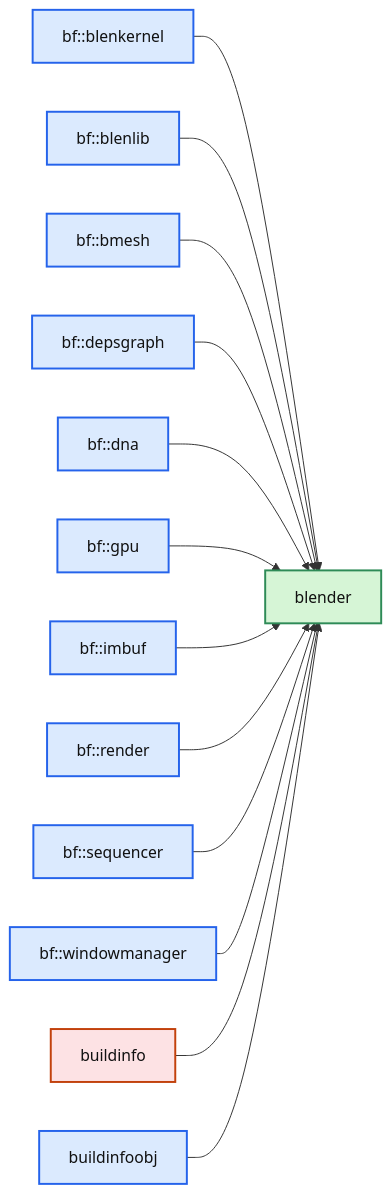
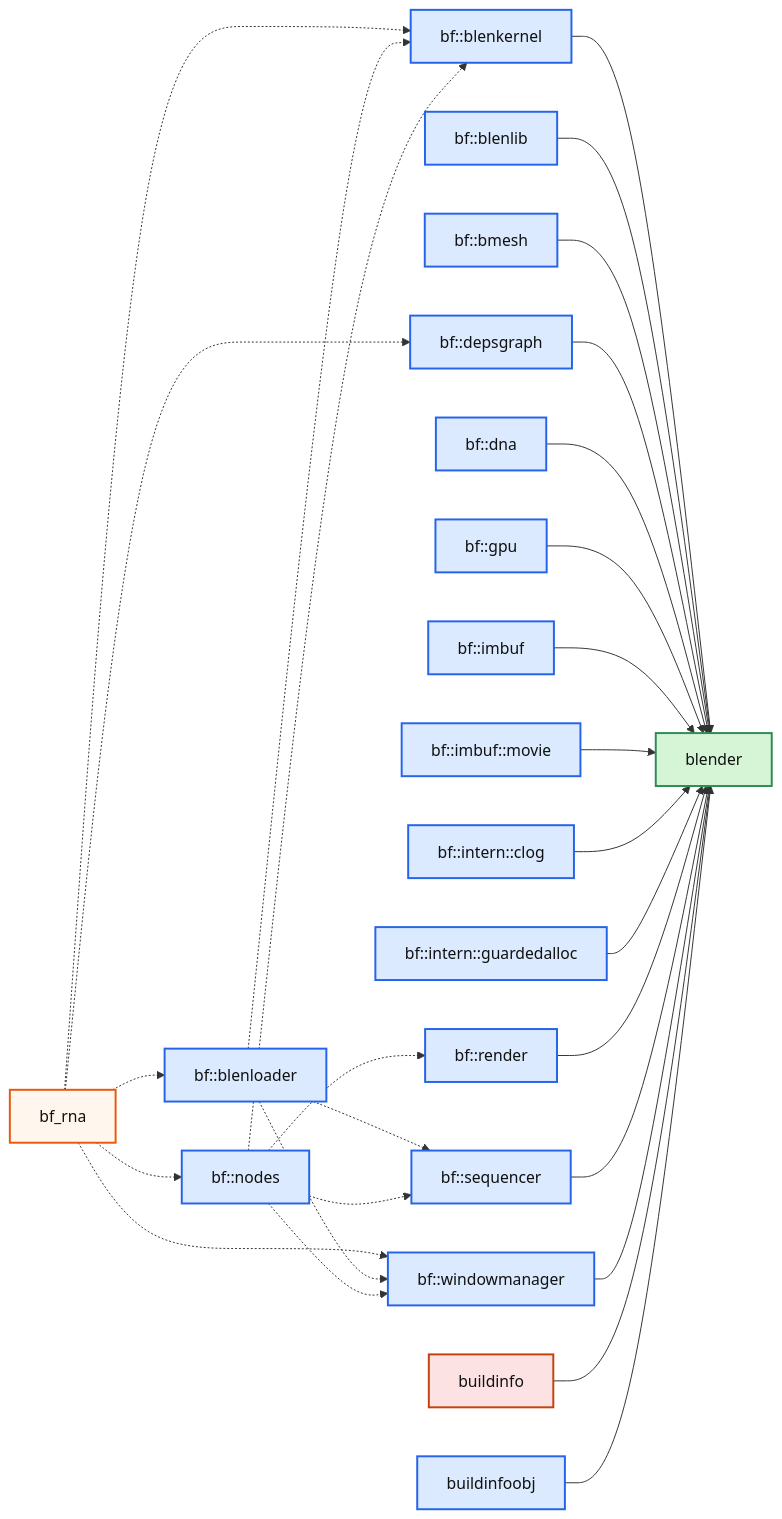
One commit to euclid-skyline/Blender_Internals_Notes changed the second of 3 diagrams in Blender_App_Project.md. Above: the diagram before and after it, drawn with Mermaid. The commit also changed other lines of this file, not shown here.

Commit message:
docs: clarify dependency inputs for the `blender` target and update related diagrams in Blender_App_Project.md

````diff
--- a/Blender_App_Project.md
+++ b/Blender_App_Project.md
@@ -200,23 +202,44 @@
 ```mermaid
 flowchart LR
   A[bf::blenkernel] --> Z[blender]
   B[bf::blenlib] --> Z
   C[bf::bmesh] --> Z
   D[bf::depsgraph] --> Z
   E[bf::dna] --> Z
   F[bf::gpu] --> Z
   G[bf::imbuf] --> Z
-  H[bf::render] --> Z
-  I[bf::sequencer] --> Z
-  J[bf::windowmanager] --> Z
-  K[buildinfo] --> Z
-  L[buildinfoobj] --> Z
+  H[bf::imbuf::movie] --> Z
+  I[bf::intern::clog] --> Z
+  J[bf::intern::guardedalloc] --> Z
+  K[bf::render] --> Z
+  L[bf::sequencer] --> Z
+  M[bf::windowmanager] --> Z
+  N[buildinfo] --> Z
+  O[buildinfoobj] --> Z
+  P[bf::blenloader]
+  Q[bf::nodes]
+  R[bf_rna]
+
+  R -.-> A
+  R -.-> D
+  R -.-> M
+  R -.-> P
+  R -.-> Q
+  P -.-> A
+  P -.-> L
+  P -.-> M
+  Q -.-> A
+  Q -.-> K
+  Q -.-> L
+  Q -.-> M
 
   classDef executable fill:#d6f5d6,stroke:#2e8b57,stroke-width:2px,color:#111;
   classDef library fill:#dbeafe,stroke:#2563eb,stroke-width:2px,color:#111;
   classDef custom fill:#fde2e4,stroke:#c2410c,stroke-width:2px,color:#111;
 
   class Z executable;
-  class A,B,C,D,E,F,G,H,I,J,L library;
-  class K custom;
+  class A,B,C,D,E,F,G,H,I,J,K,L,M,O library;
+  class N custom;
+  class P,Q library;
+  style R fill:#fff7ed,stroke:#ea580c,stroke-width:2px,color:#111;
 ```
````
